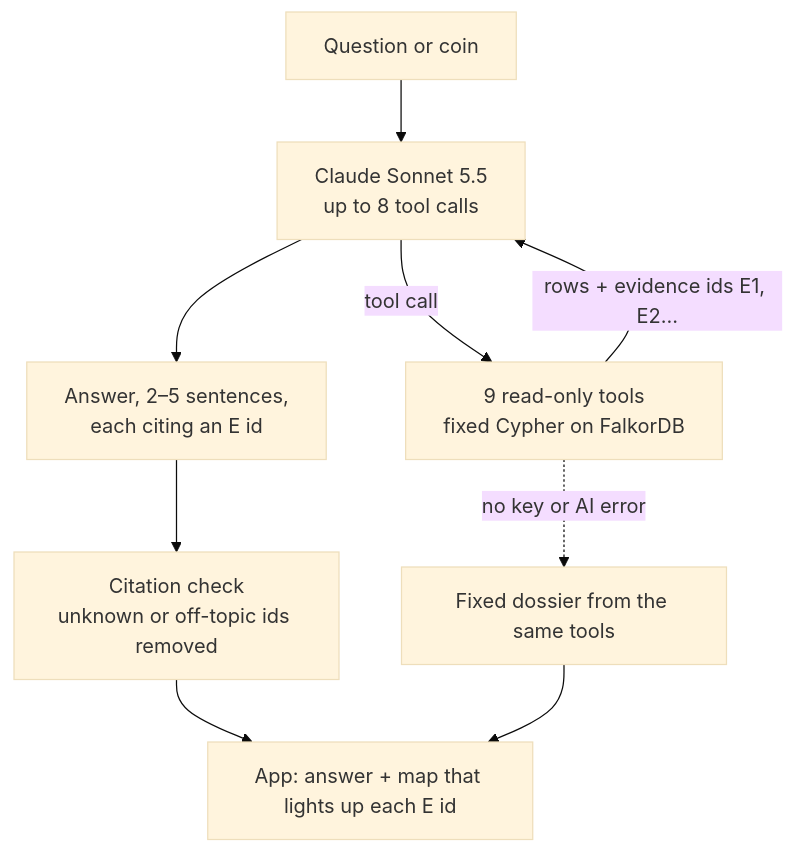
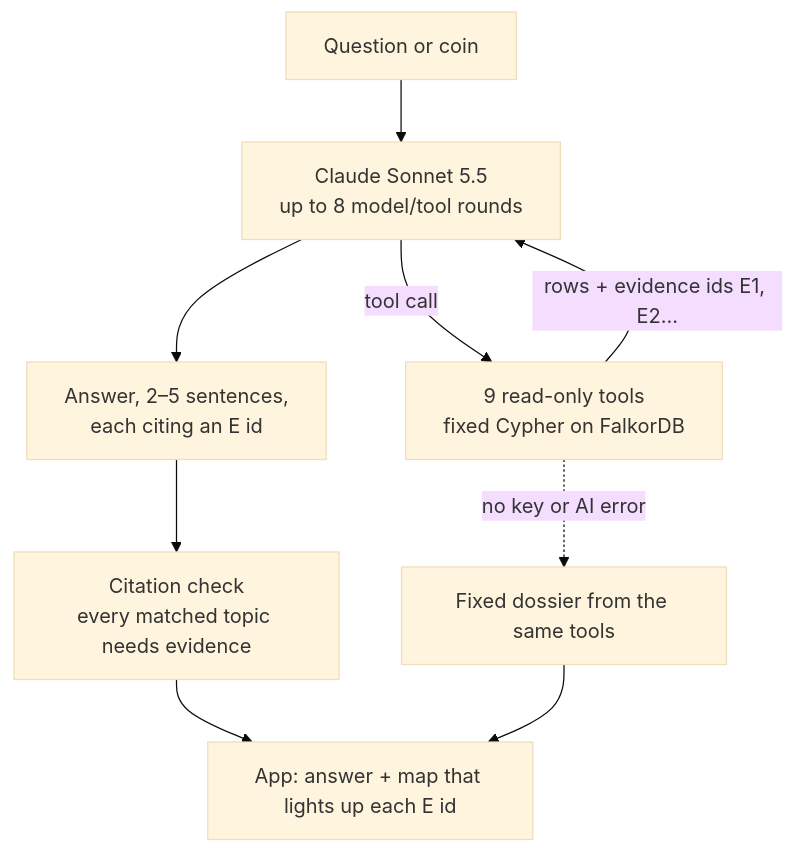
The second of 2 diagrams in README.md (avasis-ai/quant-agent), drawn with Mermaid (base theme) before and after one commit. The commit also changed other lines of this file and 31 other files, not shown here.

````diff
--- a/README.md
+++ b/README.md
@@ -70,11 +83,11 @@
 ```mermaid
 graph TD
-  Q[Question or coin] --> L[Claude Sonnet 5.5<br/>up to 8 tool calls]
+  Q[Question or coin] --> L[Claude Sonnet 5.5<br/>up to 8 model/tool rounds]
   L -- tool call --> T[9 read-only tools<br/>fixed Cypher on FalkorDB]
   T -- rows + evidence ids E1, E2… --> L
   L --> V[Answer, 2–5 sentences,<br/>each citing an E id]
-  V --> K[Citation check<br/>unknown or off-topic ids removed]
+  V --> K[Citation check<br/>every matched topic needs evidence]
   K --> U[App: answer + map that lights up each E id]
   T -. no key or AI error .-> D[Fixed dossier from the same tools]
   D --> U
 ```
````
